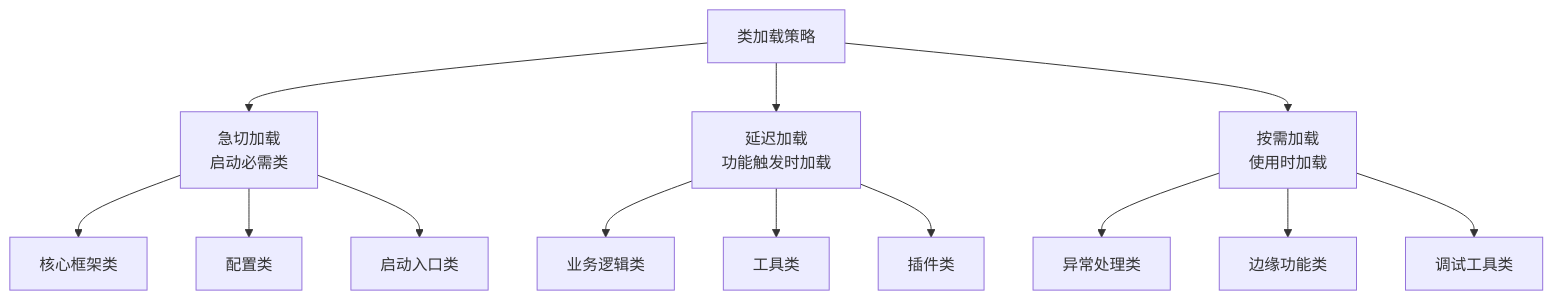
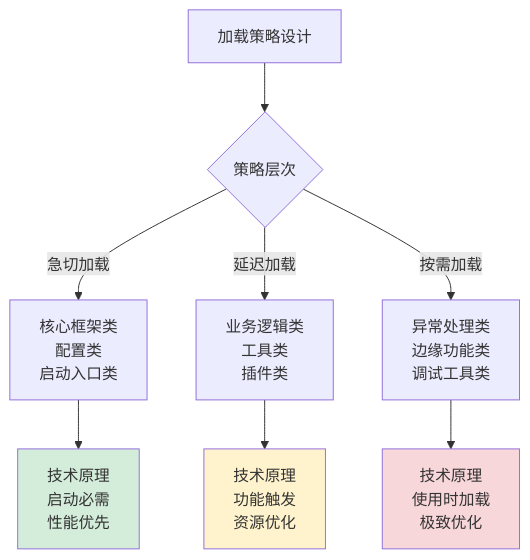
Before and after one commit to chongyang211/YCBookBlog: diagram 15 of 30 in 00.通用技术的提升/02.程序编程原理/07.类的加载核心原理.md, drawn with Mermaid. The commit also changed other lines of this file and 5 other files, not shown here.

````diff
--- a/00.通用技术的提升/02.程序编程原理/07.类的加载核心原理.md
+++ b/00.通用技术的提升/02.程序编程原理/07.类的加载核心原理.md
@@ -360,18 +1981,15 @@
 ```mermaid
 graph TB
-    A[类加载策略] --> B[急切加载<br/>启动必需类]
-    A --> C[延迟加载<br/>功能触发时加载]
-    A --> D[按需加载<br/>使用时加载]
+    A[加载策略设计] --> B{策略层次}
+    B -->|急切加载| C[核心框架类<br/>配置类<br/>启动入口类]
+    B -->|延迟加载| D[业务逻辑类<br/>工具类<br/>插件类]
+    B -->|按需加载| E[异常处理类<br/>边缘功能类<br/>调试工具类]
     
-    B --> B1[核心框架类]
-    B --> B2[配置类]
-    B --> B3[启动入口类]
+    C --> C1[技术原理<br/>启动必需<br/>性能优先]
+    D --> D1[技术原理<br/>功能触发<br/>资源优化]
+    E --> E1[技术原理<br/>使用时加载<br/>极致优化]
     
-    C --> C1[业务逻辑类]
-    C --> C2[工具类]
-    C --> C3[插件类]
-    
-    D --> D1[异常处理类]
-    D --> D2[边缘功能类]
-    D --> D3[调试工具类]
+    style C1 fill:#d4edda
+    style D1 fill:#fff3cd
+    style E1 fill:#f8d7da
 ```
````
